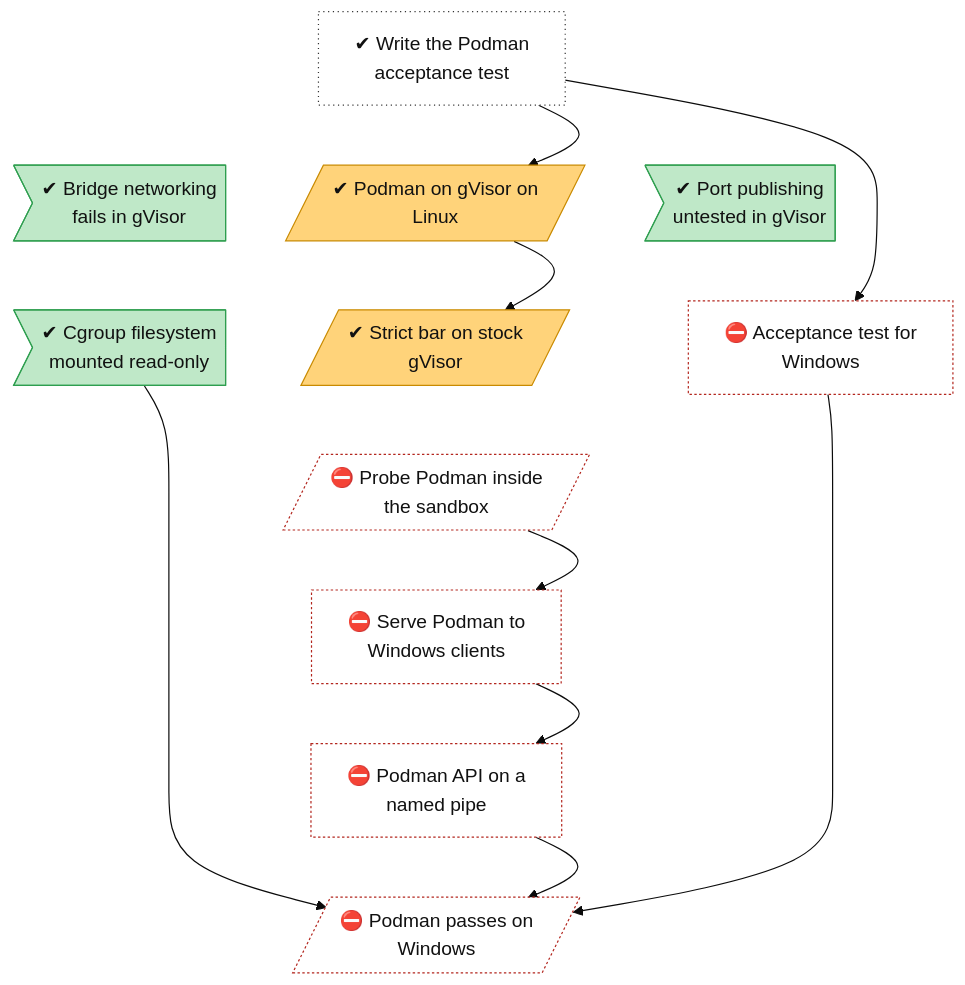
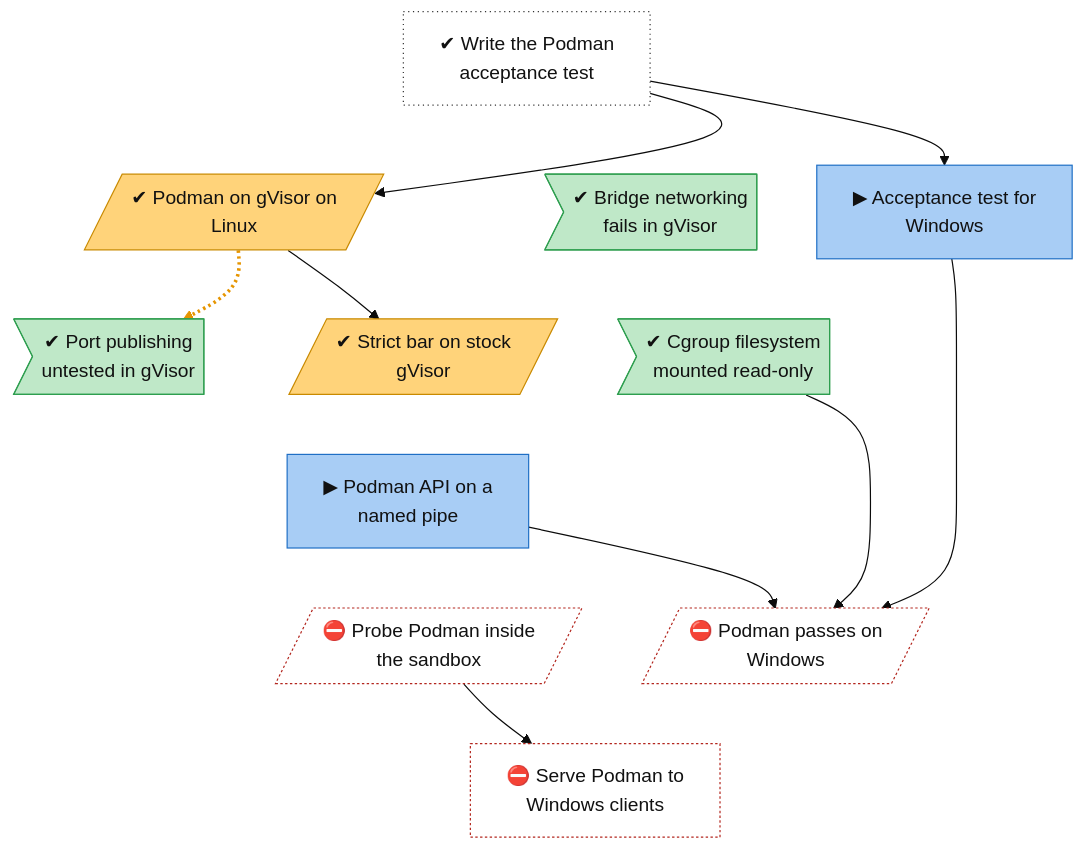
Before and after one commit to lhns/gvisor-windows: the diagram in docs/roadmap/tracks/workloads.md, drawn with Mermaid (base theme). The commit also changed other lines of this file and 4 other files, not shown here.

````diff
--- a/docs/roadmap/tracks/workloads.md
+++ b/docs/roadmap/tracks/workloads.md
@@ -10,52 +10,55 @@
 ```mermaid
 flowchart TB
     workloads_acceptance_test["✔ Write the Podman<br/>acceptance test"]
     workloads_podman_on_gvisor_linux[/"✔ Podman on gVisor on<br/>Linux"/]
+    workloads_acceptance_test_windows["▶ Acceptance test for<br/>Windows"]
     workloads_gvisor_bridge_netlink>"✔ Bridge networking<br/>fails in gVisor"]
     workloads_gvisor_port_publishing>"✔ Port publishing<br/>untested in gVisor"]
     workloads_strict_bar_linux[/"✔ Strict bar on stock<br/>gVisor"/]
     workloads_gvisor_cgroupfs_readonly>"✔ Cgroup filesystem<br/>mounted read-only"]
-    workloads_acceptance_test_windows["⛔ Acceptance test for<br/>Windows"]
+    workloads_podman_api_named_pipe["▶ Podman API on a<br/>named pipe"]
+    workloads_podman_on_windows[/"⛔ Podman passes on<br/>Windows"/]
     workloads_podman_probe[/"⛔ Probe Podman inside<br/>the sandbox"/]
     workloads_podman_harness["⛔ Serve Podman to<br/>Windows clients"]
-    workloads_podman_api_named_pipe["⛔ Podman API on a<br/>named pipe"]
-    workloads_podman_on_windows[/"⛔ Podman passes on<br/>Windows"/]
     workloads_acceptance_test ~~~ workloads_podman_on_gvisor_linux
+    workloads_acceptance_test ~~~ workloads_acceptance_test_windows
     workloads_acceptance_test ~~~ workloads_gvisor_bridge_netlink
-    workloads_acceptance_test ~~~ workloads_gvisor_port_publishing
-    workloads_podman_on_gvisor_linux ~~~ workloads_strict_bar_linux
+    workloads_podman_on_gvisor_linux ~~~ workloads_gvisor_port_publishing
+    workloads_acceptance_test_windows ~~~ workloads_strict_bar_linux
     workloads_gvisor_bridge_netlink ~~~ workloads_gvisor_cgroupfs_readonly
-    workloads_gvisor_port_publishing ~~~ workloads_acceptance_test_windows
-    workloads_strict_bar_linux ~~~ workloads_podman_probe
-    workloads_gvisor_cgroupfs_readonly ~~~ workloads_podman_probe
-    workloads_acceptance_test_windows ~~~ workloads_podman_probe
+    workloads_gvisor_port_publishing ~~~ workloads_podman_api_named_pipe
+    workloads_strict_bar_linux ~~~ workloads_podman_api_named_pipe
+    workloads_gvisor_cgroupfs_readonly ~~~ workloads_podman_api_named_pipe
+    workloads_podman_api_named_pipe ~~~ workloads_podman_on_windows
+    workloads_podman_api_named_pipe ~~~ workloads_podman_probe
+    workloads_podman_on_windows ~~~ workloads_podman_harness
     workloads_podman_probe ~~~ workloads_podman_harness
-    workloads_podman_harness ~~~ workloads_podman_api_named_pipe
-    workloads_podman_api_named_pipe ~~~ workloads_podman_on_windows
     workloads_acceptance_test --> workloads_podman_on_gvisor_linux
+    workloads_podman_on_gvisor_linux -.-> workloads_gvisor_port_publishing
+    workloads_acceptance_test --> workloads_acceptance_test_windows
     workloads_podman_on_gvisor_linux --> workloads_strict_bar_linux
-    workloads_acceptance_test --> workloads_acceptance_test_windows
-    workloads_podman_probe --> workloads_podman_harness
-    workloads_podman_harness --> workloads_podman_api_named_pipe
     workloads_acceptance_test_windows --> workloads_podman_on_windows
     workloads_gvisor_cgroupfs_readonly --> workloads_podman_on_windows
     workloads_podman_api_named_pipe --> workloads_podman_on_windows
+    workloads_podman_probe --> workloads_podman_harness
+    linkStyle 14 stroke:#e69500,stroke-width:3px,stroke-dasharray:2 3
     classDef vsucc fill:#2e9e4f,stroke:#1b6b34,color:#fff
     classDef succ fill:#bfe8c8,stroke:#2e9e4f,color:#111
     classDef mixed fill:#ffd37a,stroke:#c98a00,color:#111
     classDef bad fill:#f28b82,stroke:#b3261e,color:#111
     classDef dead fill:#e6e6e6,stroke:#777,stroke-dasharray:5 5,color:#555
     classDef inprog fill:#a8cdf5,stroke:#1f6fc5,color:#111
     classDef next fill:#fff,stroke:#333,color:#111
     classDef blocked fill:#fff,stroke:#b3261e,stroke-dasharray:2 2,color:#111
     classDef parked fill:#f3f3f3,stroke:#999,color:#555
     classDef unrated fill:#fff,stroke:#333,stroke-dasharray:1 3,color:#111
     classDef gate fill:#d9c2f0,stroke:#7b3fb5,color:#111
     classDef decided fill:#ece0f7,stroke:#7b3fb5,stroke-dasharray:2 2,color:#111
     classDef finding fill:#ffe0b2,stroke:#d84315,stroke-width:2px,color:#111
     classDef waiting fill:#e3f2fd,stroke:#1f6fc5,stroke-dasharray:5 5,color:#111
     class workloads_acceptance_test unrated
     class workloads_podman_on_gvisor_linux,workloads_strict_bar_linux mixed
+    class workloads_acceptance_test_windows,workloads_podman_api_named_pipe inprog
     class workloads_gvisor_bridge_netlink,workloads_gvisor_port_publishing,workloads_gvisor_cgroupfs_readonly succ
-    class workloads_acceptance_test_windows,workloads_podman_probe,workloads_podman_harness,workloads_podman_api_named_pipe,workloads_podman_on_windows blocked
+    class workloads_podman_on_windows,workloads_podman_probe,workloads_podman_harness blocked
 ```
````
